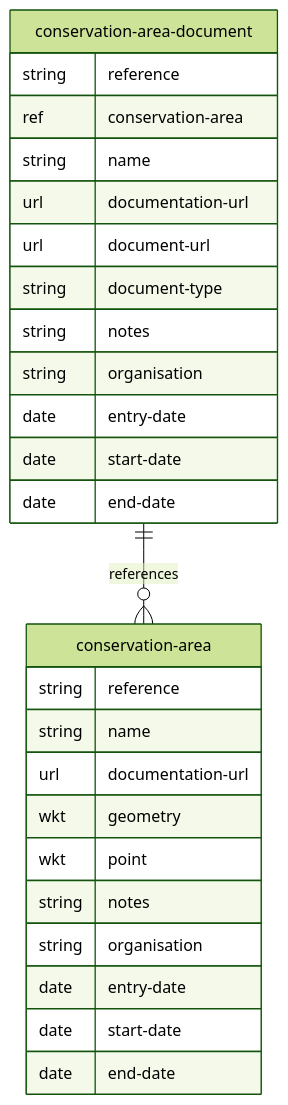
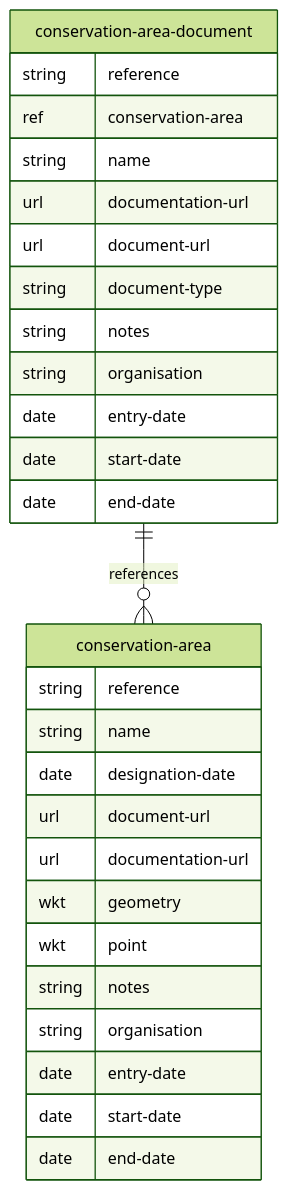
One commit to digital-land/specification changed the diagram in mermaid/conservation-area.md. Above: the diagram before and after it, drawn with Mermaid (forest theme). The commit also changed 7 other files, not shown here.

````diff
--- a/mermaid/conservation-area.md
+++ b/mermaid/conservation-area.md
@@ -4,29 +4,31 @@
 ```mermaid
 erDiagram
     conservation-area {
         string reference
         string name
+        date designation-date
+        url document-url
         url documentation-url
         wkt geometry
         wkt point
         string notes
         string organisation
         date entry-date
         date start-date
         date end-date
     }
     conservation-area-document {
         string reference
         ref conservation-area
         string name
         url documentation-url
         url document-url
         string document-type
         string notes
         string organisation
         date entry-date
         date start-date
         date end-date
     }
     conservation-area-document ||--o{ conservation-area : references
 ```
````
